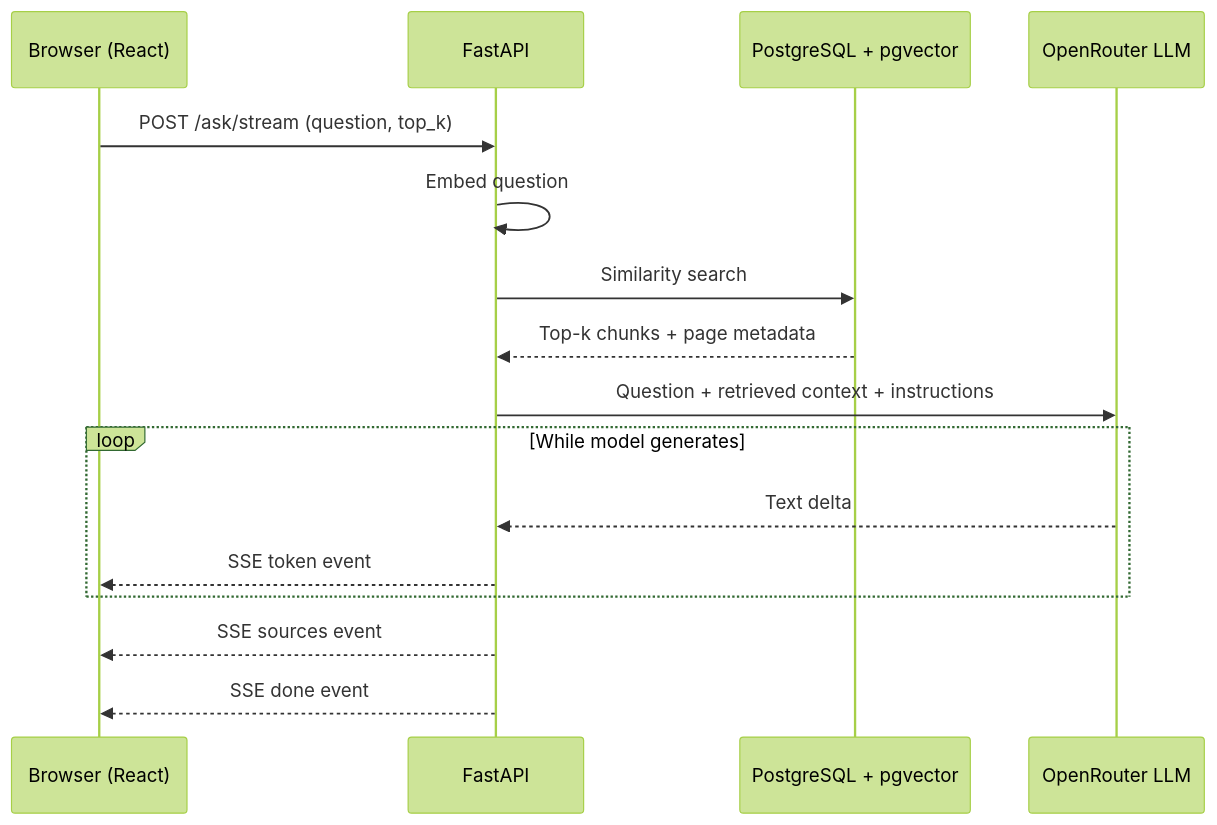
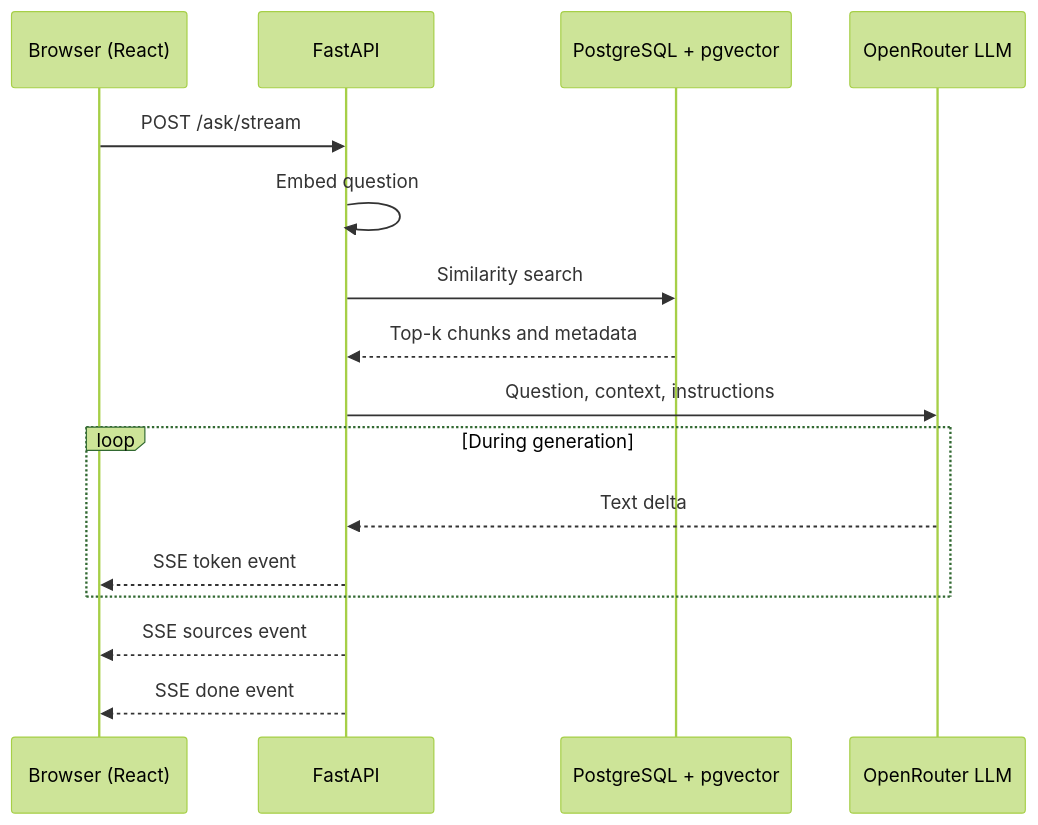
The second of 2 diagrams in README.md (nikhil822/DocuAI), drawn with Mermaid (forest theme) before and after one commit. The commit also changed other lines of this file, not shown here.

````diff
--- a/README.md
+++ b/README.md
@@ -198,19 +177,19 @@
 ``` mermaid
 sequenceDiagram
     participant B as Browser (React)
     participant A as FastAPI
     participant P as PostgreSQL + pgvector
     participant L as OpenRouter LLM
 
-    B->>A: POST /ask/stream (question, top_k)
+    B->>A: POST /ask/stream
     A->>A: Embed question
     A->>P: Similarity search
-    P-->>A: Top-k chunks + page metadata
-    A->>L: Question + retrieved context + instructions
-    loop While model generates
+    P-->>A: Top-k chunks and metadata
+    A->>L: Question, context, instructions
+    loop During generation
         L-->>A: Text delta
         A-->>B: SSE token event
     end
     A-->>B: SSE sources event
     A-->>B: SSE done event
 ```
````
